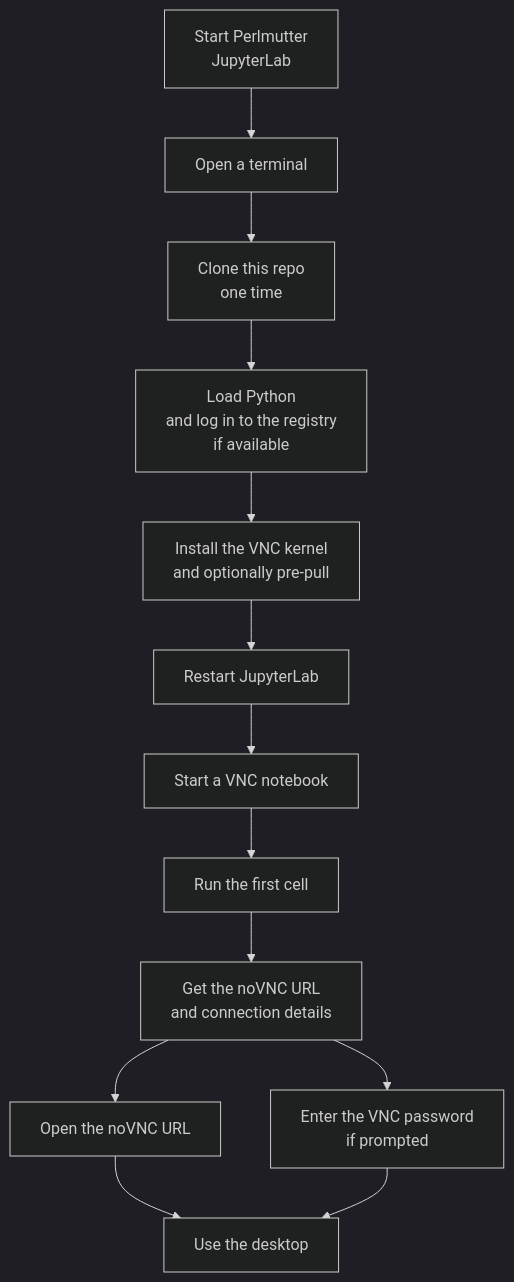
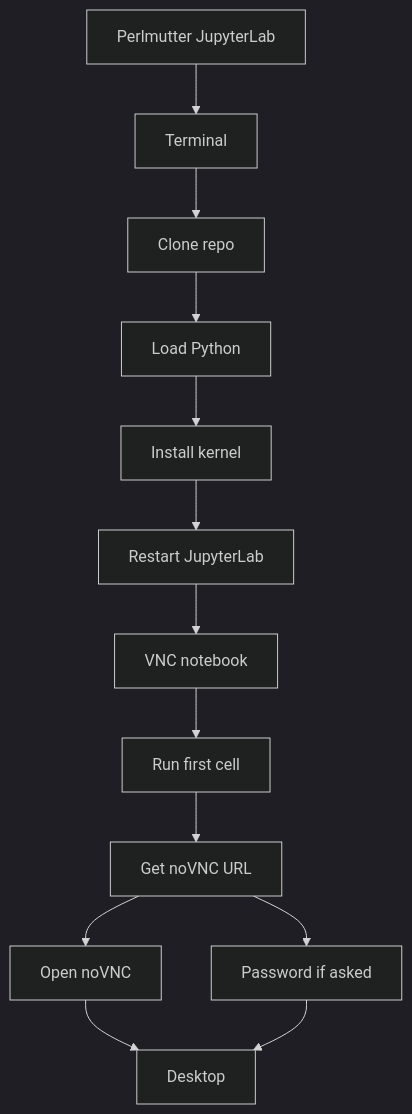
The first of 2 diagrams in docs/jupyter.md (NERSC/perlmutter-desktop-containers), drawn with Mermaid (dark theme) before and after one commit. The commit also changed other lines of this file and 2 other files, not shown here.

Commit message:
Shorten Mermaid labels across guides and proxy README

````diff
--- a/docs/jupyter.md
+++ b/docs/jupyter.md
@@ -77,28 +77,28 @@
 ```mermaid
 flowchart TD
-    login["Start Perlmutter<br/>JupyterLab"]
-    terminal["Open a terminal"]
-    clone["Clone this repo<br/>one time"]
-    modules["Load Python<br/>and log in to the registry<br/>if available"]
-    install["Install the VNC kernel<br/>and optionally pre-pull"]
+    login["Perlmutter JupyterLab"]
+    terminal["Terminal"]
+    clone["Clone repo"]
+    modules["Load Python"]
+    install["Install kernel"]
     restart["Restart JupyterLab"]
-    notebook["Start a VNC notebook"]
-    firstcell["Run the first cell"]
-    output["Get the noVNC URL<br/>and connection details"]
-    openurl["Open the noVNC URL"]
-    password["Enter the VNC password<br/>if prompted"]
-    desktop["Use the desktop"]
+    notebook["VNC notebook"]
+    firstcell["Run first cell"]
+    output["Get noVNC URL"]
+    openurl["Open noVNC"]
+    password["Password if asked"]
+    desktop["Desktop"]
 
     login --> terminal
     terminal --> clone
     clone --> modules
     modules --> install
     install --> restart
     restart --> notebook
     notebook --> firstcell
     firstcell --> output
     output --> openurl
     output --> password
     openurl --> desktop
     password --> desktop
 ```
````
